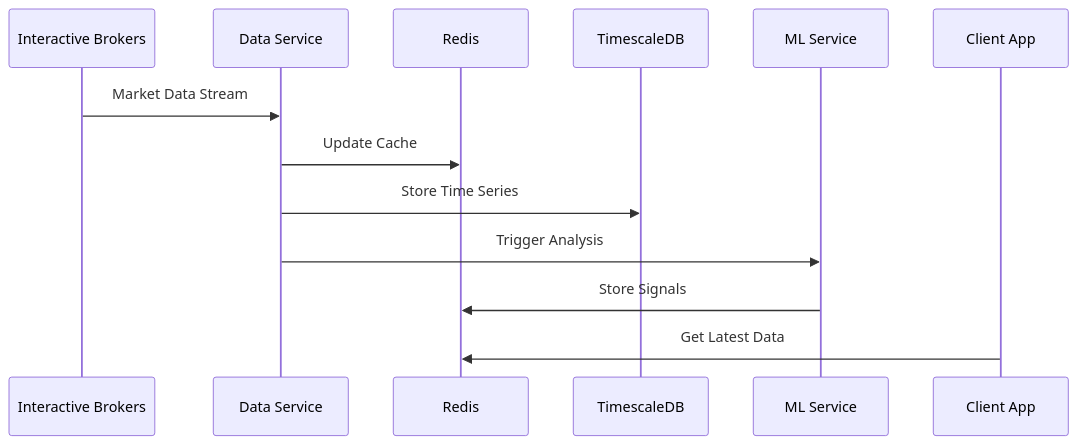
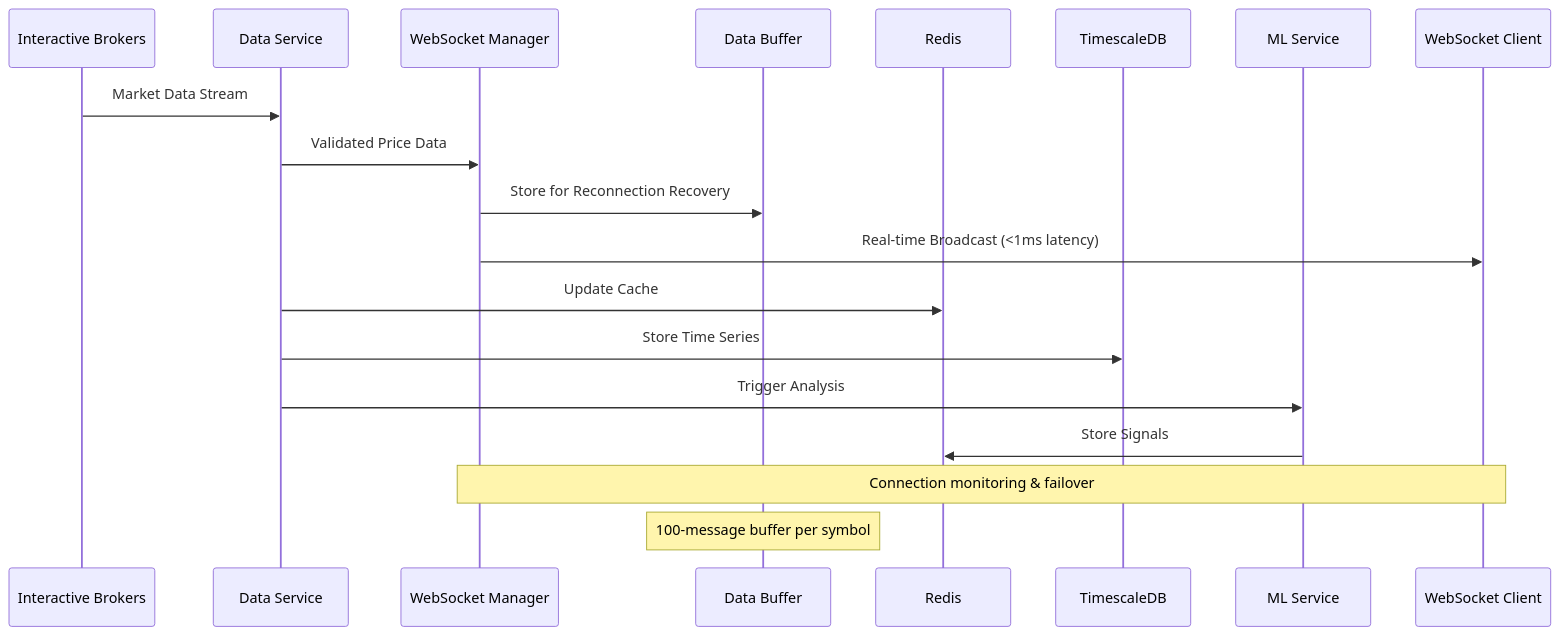
One commit to meridianp/fxml3 changed the second of 4 diagrams in docs/architecture/index.md. Above: the diagram before and after it, drawn with Mermaid. The commit also changed other lines of this file and 17 other files, not shown here.

First line of the commit message:
feat(sprint-1): Complete TDD GREEN phase implementation for WebSocket streaming and JWT authentication

````diff
--- a/docs/architecture/index.md
+++ b/docs/architecture/index.md
@@ -209,16 +210,23 @@
 ```mermaid
 sequenceDiagram
     participant IB as Interactive Brokers
     participant DS as Data Service
+    participant WS as WebSocket Manager
+    participant Buffer as Data Buffer
     participant Cache as Redis
     participant TS as TimescaleDB
     participant ML as ML Service
-    participant Client as Client App
+    participant Client as WebSocket Client
 
     IB->>DS: Market Data Stream
+    DS->>WS: Validated Price Data
+    WS->>Buffer: Store for Reconnection Recovery
+    WS->>Client: Real-time Broadcast (<1ms latency)
     DS->>Cache: Update Cache
     DS->>TS: Store Time Series
     DS->>ML: Trigger Analysis
     ML->>Cache: Store Signals
-    Client->>Cache: Get Latest Data
+
+    Note over WS,Client: Connection monitoring & failover
+    Note over Buffer: 100-message buffer per symbol
 ```
````
